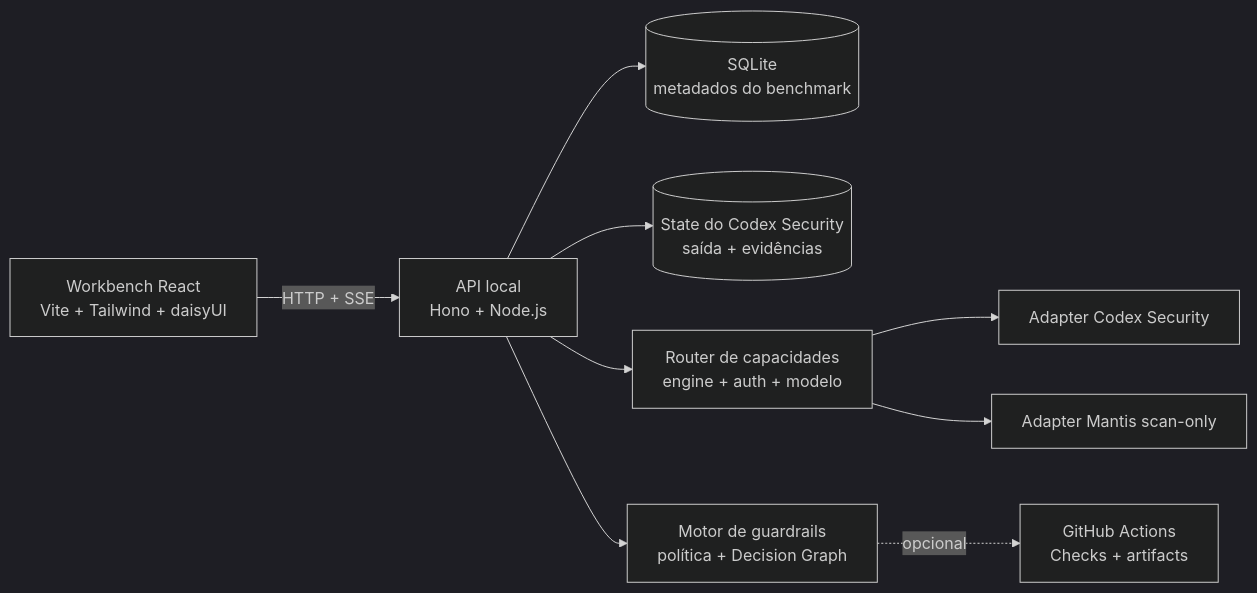
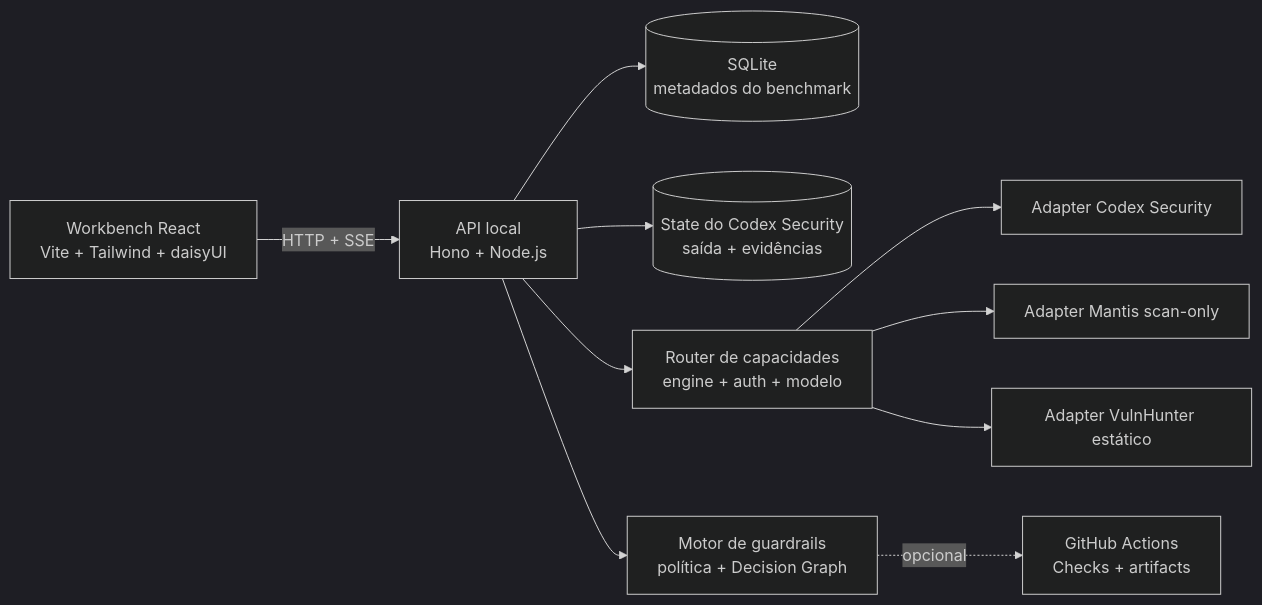
One commit to OkamiOps/okami-sentinel changed the diagram in README.pt-BR.md. Above: the diagram before and after it, drawn with Mermaid (dark theme). The commit also changed other lines of this file and 21 other files, not shown here.

Commit message:
feat(scanners): add read-only VulnHunter Codex adapter

````diff
--- a/README.pt-BR.md
+++ b/README.pt-BR.md
@@ -84,21 +86,23 @@
 ```mermaid
 flowchart LR
     UI["Workbench React\nVite + Tailwind + daisyUI"]
     API["API local\nHono + Node.js"]
     DB[("SQLite\nmetadados do benchmark")]
     STATE[("State do Codex Security\nsaída + evidências")]
     ROUTER["Router de capacidades\nengine + auth + modelo"]
     SCANNER["Adapter Codex Security"]
     MANTIS["Adapter Mantis scan-only"]
+    VULNHUNTER["Adapter VulnHunter estático"]
     GATE["Motor de guardrails\npolítica + Decision Graph"]
     GH["GitHub Actions\nChecks + artifacts"]
 
     UI -->|HTTP + SSE| API
     API --> DB
     API --> STATE
     API --> ROUTER
     ROUTER --> SCANNER
     ROUTER --> MANTIS
+    ROUTER --> VULNHUNTER
     API --> GATE
     GATE -. opcional .-> GH
 ```
````
